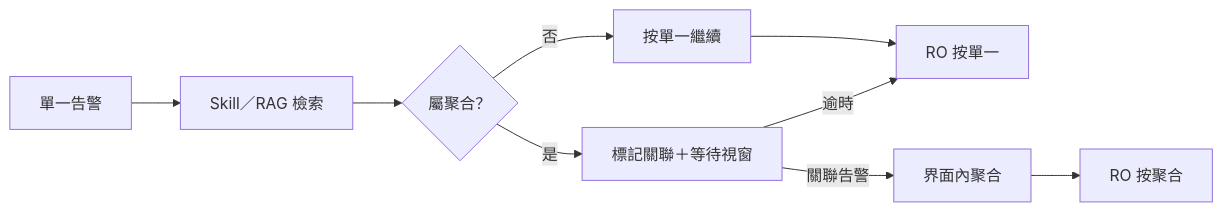
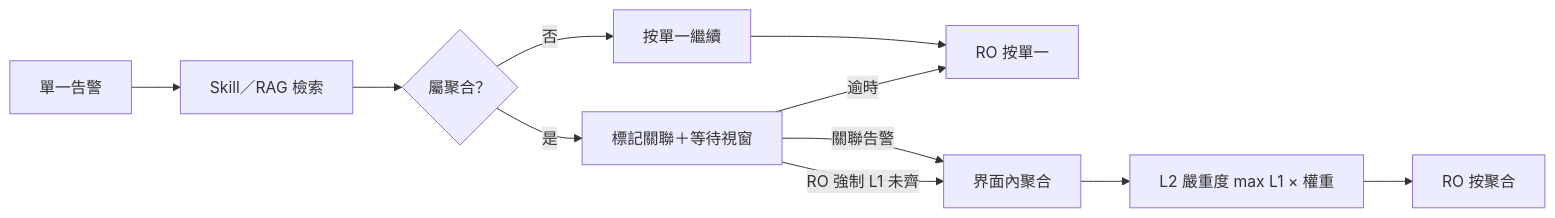
Diagram 11 of 11 in platform/docs/PRD.zh-Hant.md (hxyan2020/PRD), drawn with Mermaid before and after one commit. The commit also changed other lines of this file and 17 other files, not shown here.

First line of the commit message:
Document recent FR-39/40 and threshold-flow demos in EN+zh-Hant

````diff
--- a/platform/docs/PRD.zh-Hant.md
+++ b/platform/docs/PRD.zh-Hant.md
@@ -390,11 +390,13 @@
 ```mermaid
 flowchart LR
   A[單一告警] --> B[Skill／RAG 檢索]
   B --> C{屬聚合？}
   C -->|否| D[按單一繼續]
   D --> E[RO 按單一]
   C -->|是| F[標記關聯＋等待視窗]
   F -->|逾時| E
   F -->|關聯告警| G[界面內聚合]
-  G --> H[RO 按聚合]
+  F -->|RO 強制 L1 未齊| G
+  G --> S[L2 嚴重度 max L1 × 權重]
+  S --> H[RO 按聚合]
 ```
````
